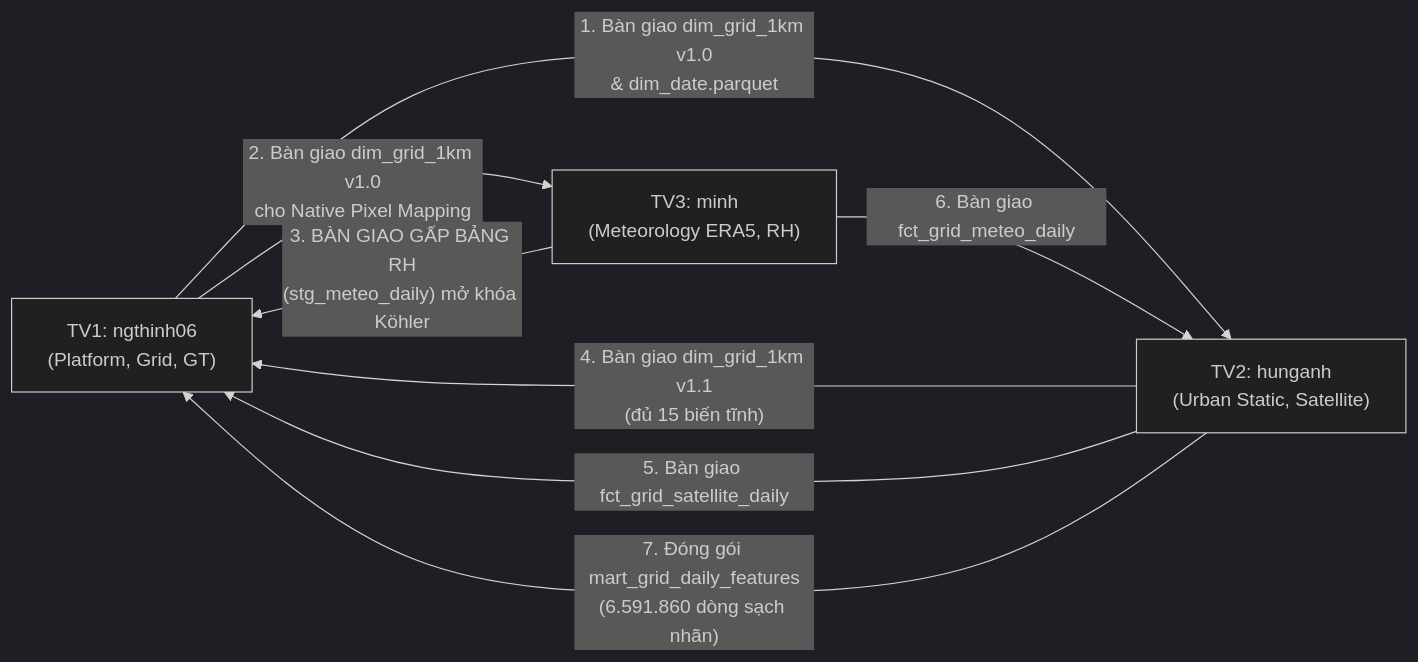
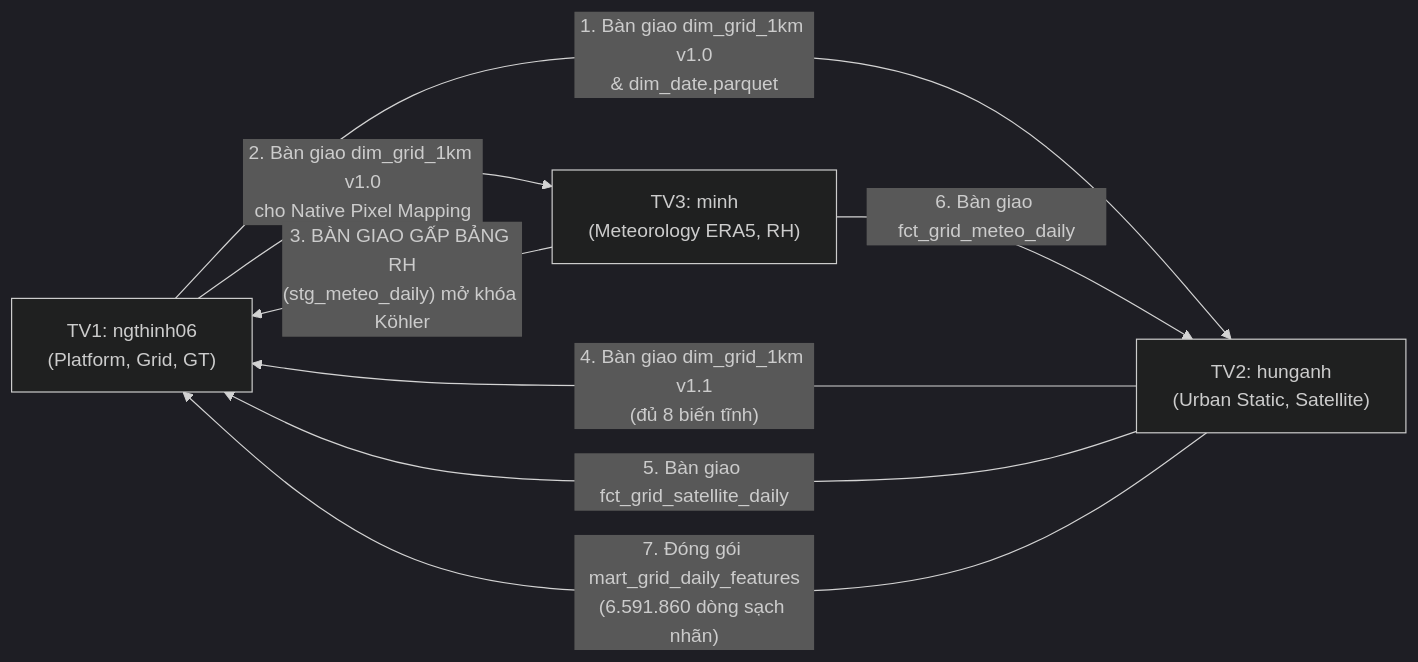
Before and after one commit to NguyenThinh06/hanoi_pm25: the diagram in docs/guide.md, drawn with Mermaid (dark theme). The commit also changed other lines of this file and 30 other files, not shown here.

````diff
--- a/docs/guide.md
+++ b/docs/guide.md
@@ -86,14 +86,14 @@
 ```mermaid
 flowchart LR
     TV1["TV1: ngthinh06<br/>(Platform, Grid, GT)"]
     TV2["TV2: hunganh<br/>(Urban Static, Satellite)"]
     TV3["TV3: minh<br/>(Meteorology ERA5, RH)"]
 
     TV1 -- "1. Bàn giao dim_grid_1km v1.0<br/>& dim_date.parquet" --> TV2
     TV1 -- "2. Bàn giao dim_grid_1km v1.0<br/>cho Native Pixel Mapping" --> TV3
     TV3 -- "3. BÀN GIAO GẤP BẢNG RH<br/>(stg_meteo_daily) mở khóa Köhler" --> TV1
-    TV2 -- "4. Bàn giao dim_grid_1km v1.1<br/>(đủ 15 biến tĩnh)" --> TV1
+    TV2 -- "4. Bàn giao dim_grid_1km v1.1<br/>(đủ 8 biến tĩnh)" --> TV1
     TV2 -- "5. Bàn giao fct_grid_satellite_daily" --> TV1
     TV3 -- "6. Bàn giao fct_grid_meteo_daily" --> TV2
     TV2 -- "7. Đóng gói mart_grid_daily_features<br/>(6.591.860 dòng sạch nhãn)" --> TV1
 ```
````
